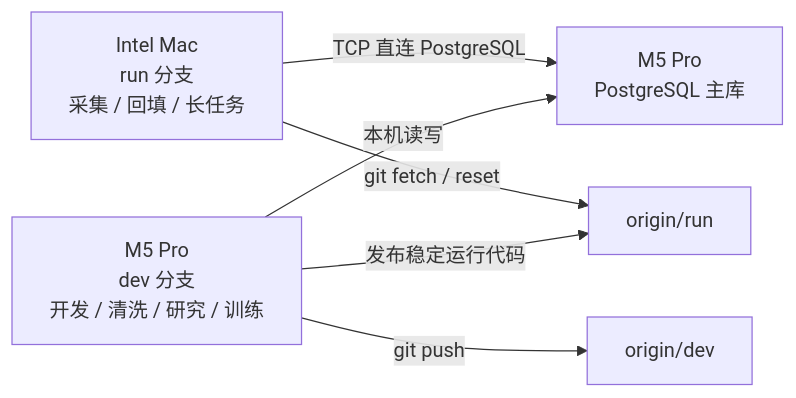
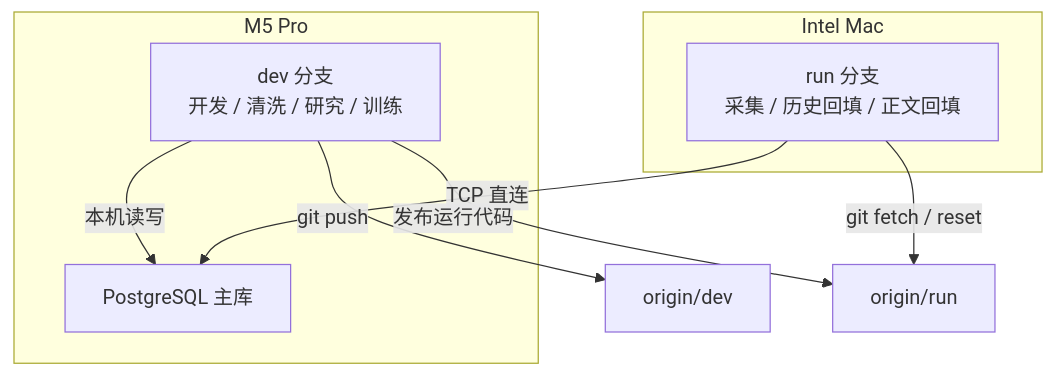
Before and after one commit to Timcai06/SPM: the fourth of 5 diagrams in README.md, drawn with Mermaid. The commit also changed other lines of this file, not shown here.

Commit message:
docs: tighten README mermaid layout

````diff
--- a/README.md
+++ b/README.md
@@ -162,8 +169,20 @@
 ```mermaid
-flowchart LR
-    A["Intel Mac<br/>run 分支<br/>采集 / 回填 / 长任务"] -->|TCP 直连 PostgreSQL| B["M5 Pro<br/>PostgreSQL 主库"]
-    C["M5 Pro<br/>dev 分支<br/>开发 / 清洗 / 研究 / 训练"] -->|本机读写| B
-    A -->|git fetch / reset| D["origin/run"]
-    C -->|git push| E["origin/dev"]
-    C -->|发布稳定运行代码| D
+flowchart TD
+    subgraph M5["M5 Pro"]
+        A["dev 分支<br/>开发 / 清洗 / 研究 / 训练"]
+        B["PostgreSQL 主库"]
+    end
+
+    subgraph Intel["Intel Mac"]
+        C["run 分支<br/>采集 / 历史回填 / 正文回填"]
+    end
+
+    D["origin/dev"]
+    E["origin/run"]
+
+    A -->|本机读写| B
+    C -->|TCP 直连| B
+    A -->|git push| D
+    A -->|发布运行代码| E
+    C -->|git fetch / reset| E
 ```
````
